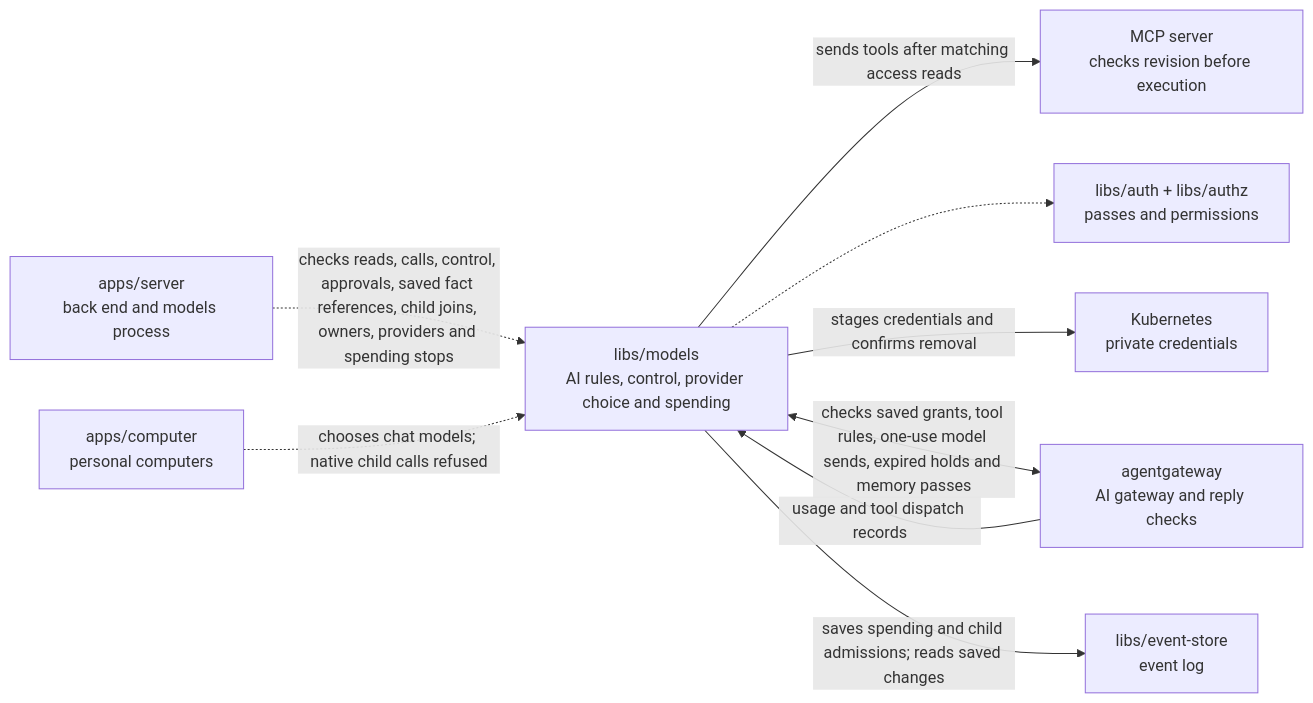
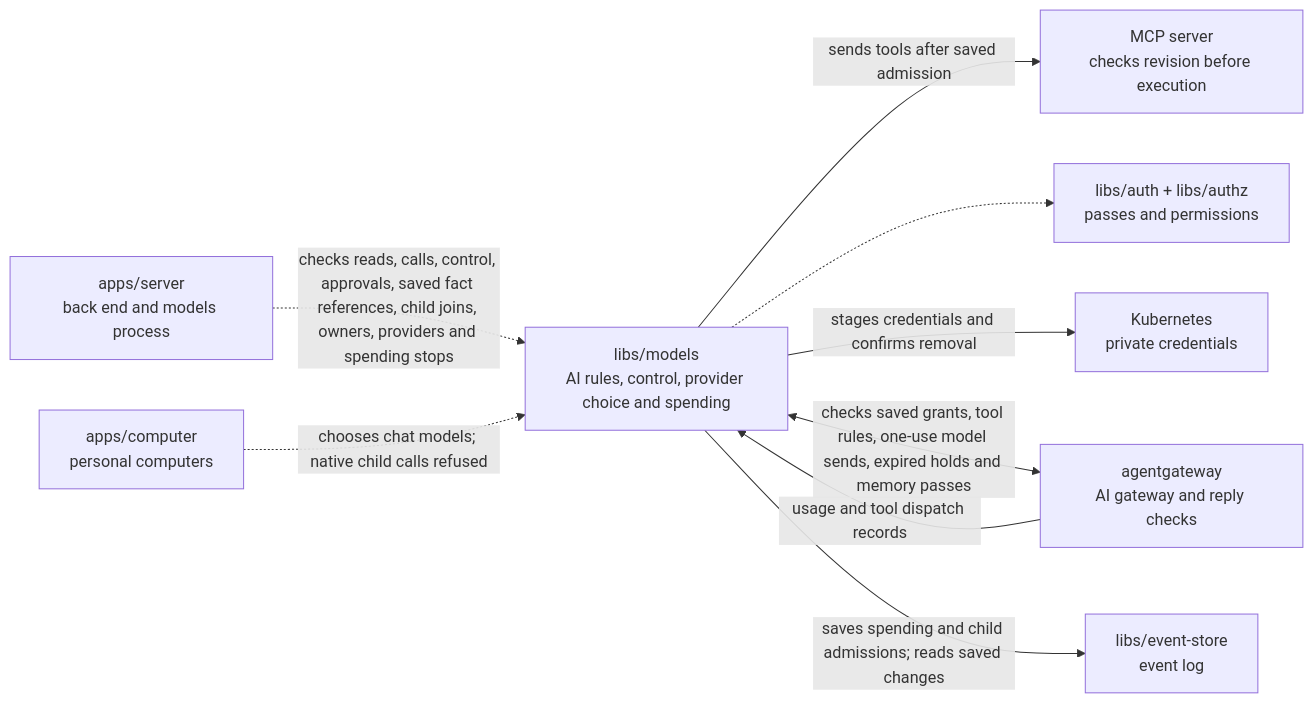
One commit to elewa-git/opencrane-new changed the diagram in libs/models/README.md. Above: the diagram before and after it, drawn with Mermaid. The commit also changed other lines of this file and 14 other files, not shown here.

Commit message:
🛡️ Order MCP send admission with policy changes

````diff
--- a/libs/models/README.md
+++ b/libs/models/README.md
@@ -14,11 +14,11 @@
 ```mermaid
 flowchart LR
   server["apps/server<br/>back end and models process"] -.->|checks reads, calls, control, approvals, saved fact references, child joins, owners, providers and spending stops| models["libs/models<br/>AI rules, control, provider choice and spending"]
-  models -->|sends tools after matching access reads| mcp["MCP server<br/>checks revision before execution"]
+  models -->|sends tools after saved admission| mcp["MCP server<br/>checks revision before execution"]
   computer["apps/computer<br/>personal computers"] -.->|chooses chat models; native child calls refused| models
   models -.-> auth["libs/auth + libs/authz<br/>passes and permissions"]
   models -->|stages credentials and confirms removal| custody["Kubernetes<br/>private credentials"]
   models <-->|checks saved grants, tool rules, one-use model sends, expired holds and memory passes| gateway["agentgateway<br/>AI gateway and reply checks"]
   gateway -->|usage and tool dispatch records| models
   models -->|saves spending and child admissions; reads saved changes| store["libs/event-store<br/>event log"]
 ```
````
